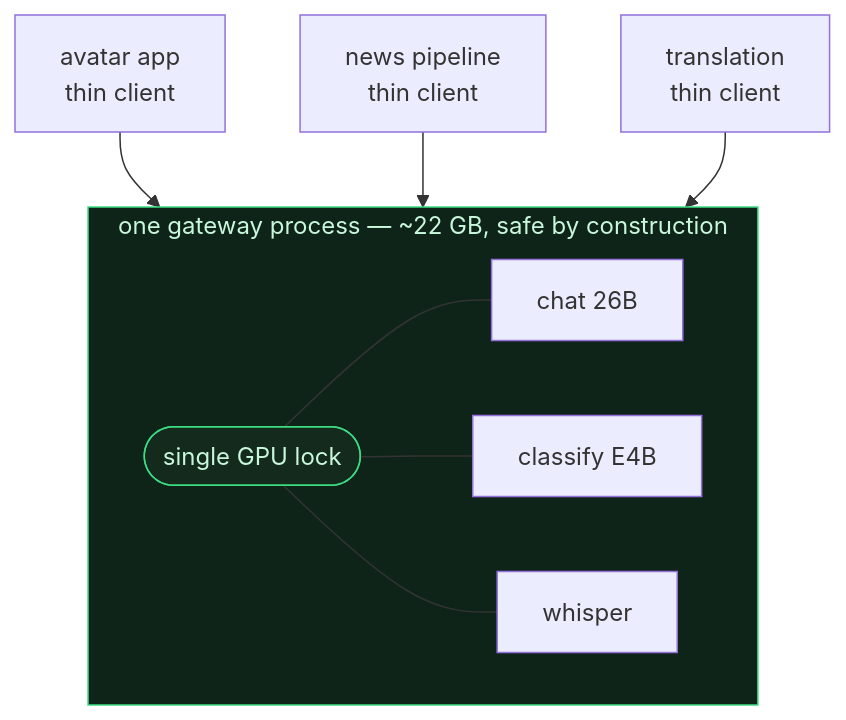
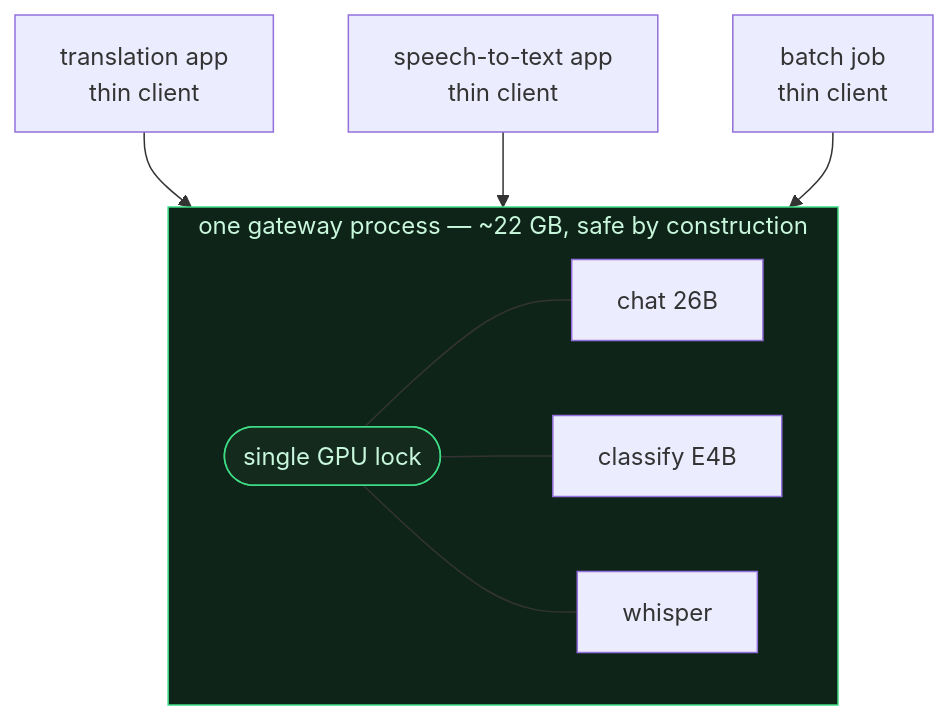
One commit to nskit-io/fleet-inference-gateway changed the second of 5 diagrams in README.ja.md. Above: the diagram before and after it, drawn with Mermaid. The commit also changed other lines of this file and 4 other files, not shown here.

````diff
--- a/README.ja.md
+++ b/README.ja.md
@@ -65,18 +65,18 @@
 ```mermaid
 flowchart TB
   subgraph gw["one gateway process — ~22 GB, safe by construction"]
     direction LR
     L(["single GPU lock"])
     M1["chat 26B"]
     M2["classify E4B"]
     M3["whisper"]
     L --- M1
     L --- M2
     L --- M3
   end
-  C1["avatar app<br/>thin client"] --> gw
-  C2["news pipeline<br/>thin client"] --> gw
-  C3["translation<br/>thin client"] --> gw
+  C1["translation app<br/>thin client"] --> gw
+  C2["speech-to-text app<br/>thin client"] --> gw
+  C3["batch job<br/>thin client"] --> gw
   style gw fill:#0f2419,stroke:#3ddc84,color:#c8f7dc
   style L fill:#132a1d,stroke:#3ddc84,color:#c8f7dc
 ```
````
